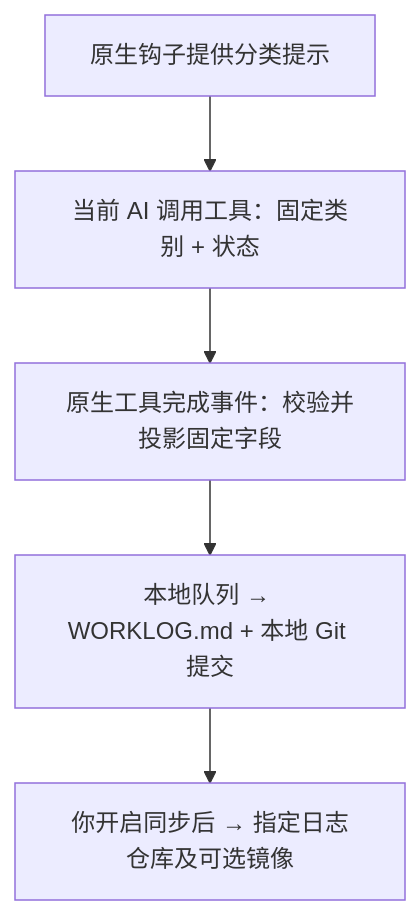
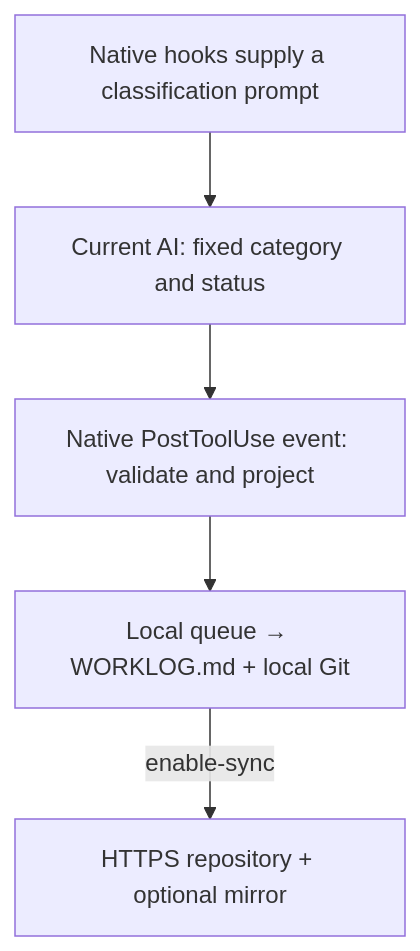
One commit to cdzdd/I-m-Genius changed the diagram in README.md. Above: the diagram before and after it, drawn with Mermaid. The commit also changed other lines of this file and 4 other files, not shown here.

````diff
--- a/README.md
+++ b/README.md
@@ -35,7 +22,7 @@
 ```mermaid
 flowchart TD
-    A[原生钩子提供分类提示] --> B[当前 AI 调用工具：固定类别 + 状态]
-    B --> C[原生工具完成事件：校验并投影固定字段]
-    C --> D[本地队列 → WORKLOG.md + 本地 Git 提交]
-    D --> E[你开启同步后 → 指定日志仓库及可选镜像]
+    H[Native hooks supply a classification prompt] --> A[Current AI: fixed category and status]
+    A --> V[Native PostToolUse event: validate and project]
+    V --> J[Local queue → WORKLOG.md + local Git]
+    J -->|enable-sync| G[HTTPS repository + optional mirror]
 ```
````
